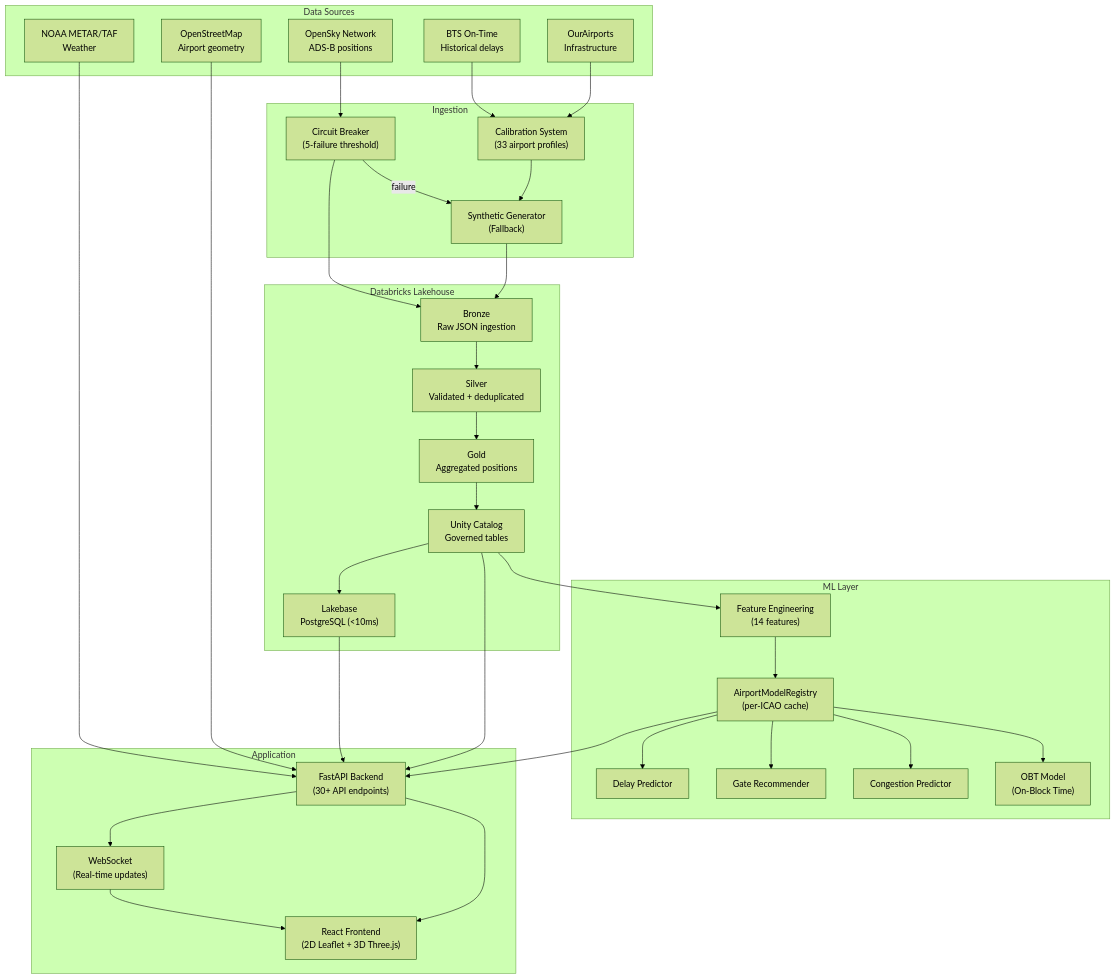
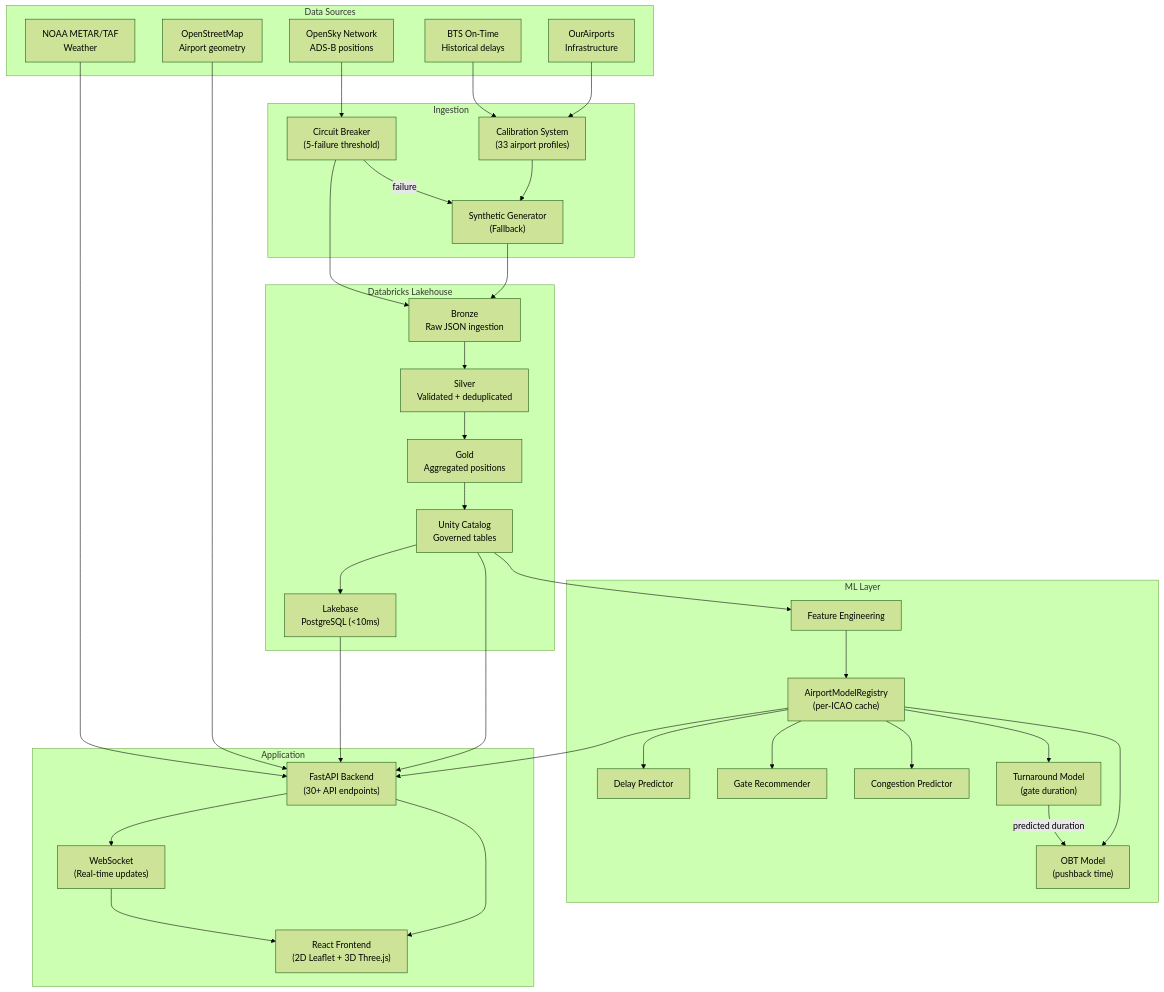
Before and after one commit to LaurentPRAT-DB/databricks-airport-digital-twin: the second of 5 diagrams in README.md, drawn with Mermaid (forest theme). The commit also changed other lines of this file, not shown here.

First line of the commit message:
docs: update README with turnaround/OBT models, accurate KPIs and test counts

````diff
--- a/README.md
+++ b/README.md
@@ -218,53 +220,55 @@
 ```mermaid
 graph TB
     subgraph "Data Sources"
         OS["OpenSky Network<br/>ADS-B positions"]
         BTS["BTS On-Time<br/>Historical delays"]
         OA["OurAirports<br/>Infrastructure"]
         METAR["NOAA METAR/TAF<br/>Weather"]
         OSM["OpenStreetMap<br/>Airport geometry"]
     end
 
     subgraph "Ingestion"
         CB["Circuit Breaker<br/>(5-failure threshold)"]
         SYN["Synthetic Generator<br/>(Fallback)"]
         CAL["Calibration System<br/>(33 airport profiles)"]
     end
 
     subgraph "Databricks Lakehouse"
         DLT_B["Bronze<br/>Raw JSON ingestion"]
         DLT_S["Silver<br/>Validated + deduplicated"]
         DLT_G["Gold<br/>Aggregated positions"]
         UC["Unity Catalog<br/>Governed tables"]
         LB["Lakebase<br/>PostgreSQL (<10ms)"]
     end
 
     subgraph "ML Layer"
-        FE["Feature Engineering<br/>(14 features)"]
+        FE["Feature Engineering"]
         REG["AirportModelRegistry<br/>(per-ICAO cache)"]
         DM["Delay Predictor"]
         GM["Gate Recommender"]
         CM["Congestion Predictor"]
-        OBT["OBT Model<br/>(On-Block Time)"]
+        TM["Turnaround Model<br/>(gate duration)"]
+        OBT["OBT Model<br/>(pushback time)"]
+        TM -->|predicted duration| OBT
     end
 
     subgraph "Application"
         API["FastAPI Backend<br/>(30+ API endpoints)"]
         WS["WebSocket<br/>(Real-time updates)"]
         UI["React Frontend<br/>(2D Leaflet + 3D Three.js)"]
     end
 
     OS --> CB --> DLT_B
     CB -->|failure| SYN --> DLT_B
     BTS & OA --> CAL --> SYN
     DLT_B --> DLT_S --> DLT_G --> UC
     UC --> LB
-    UC --> FE --> REG --> DM & GM & CM & OBT
+    UC --> FE --> REG --> DM & GM & CM & TM & OBT
     METAR --> API
     OSM --> API
     LB --> API
     UC --> API
     REG --> API
     API --> WS --> UI
     API --> UI
 ```
````
